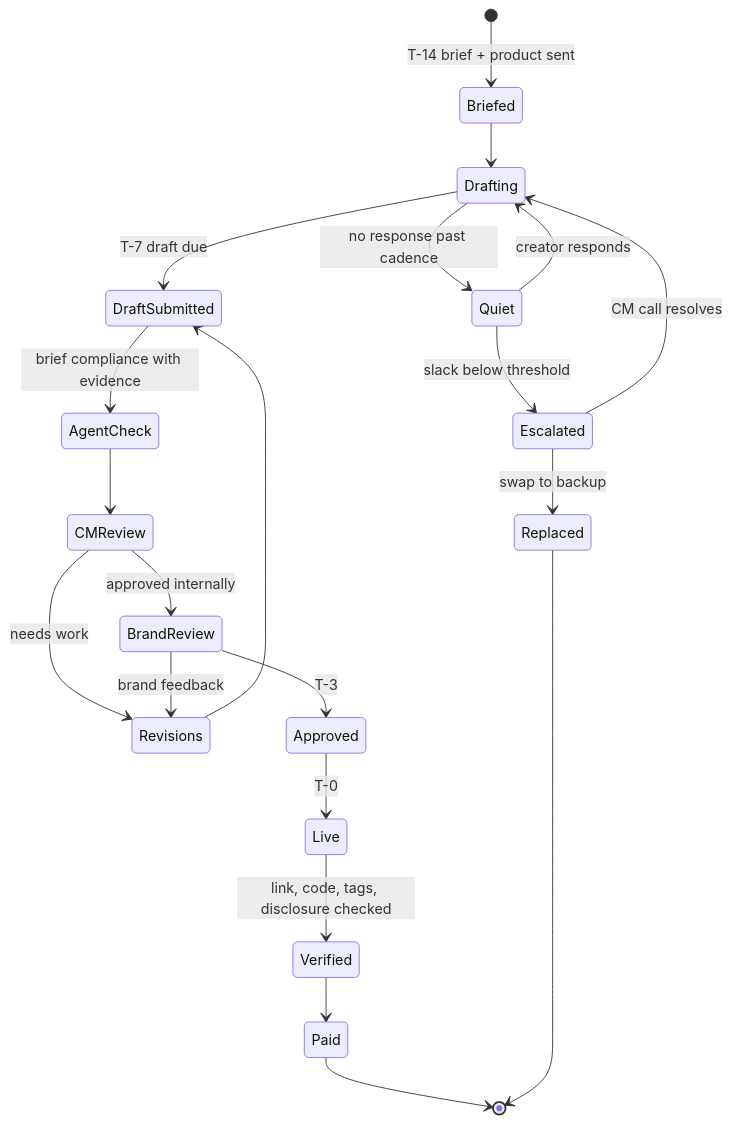
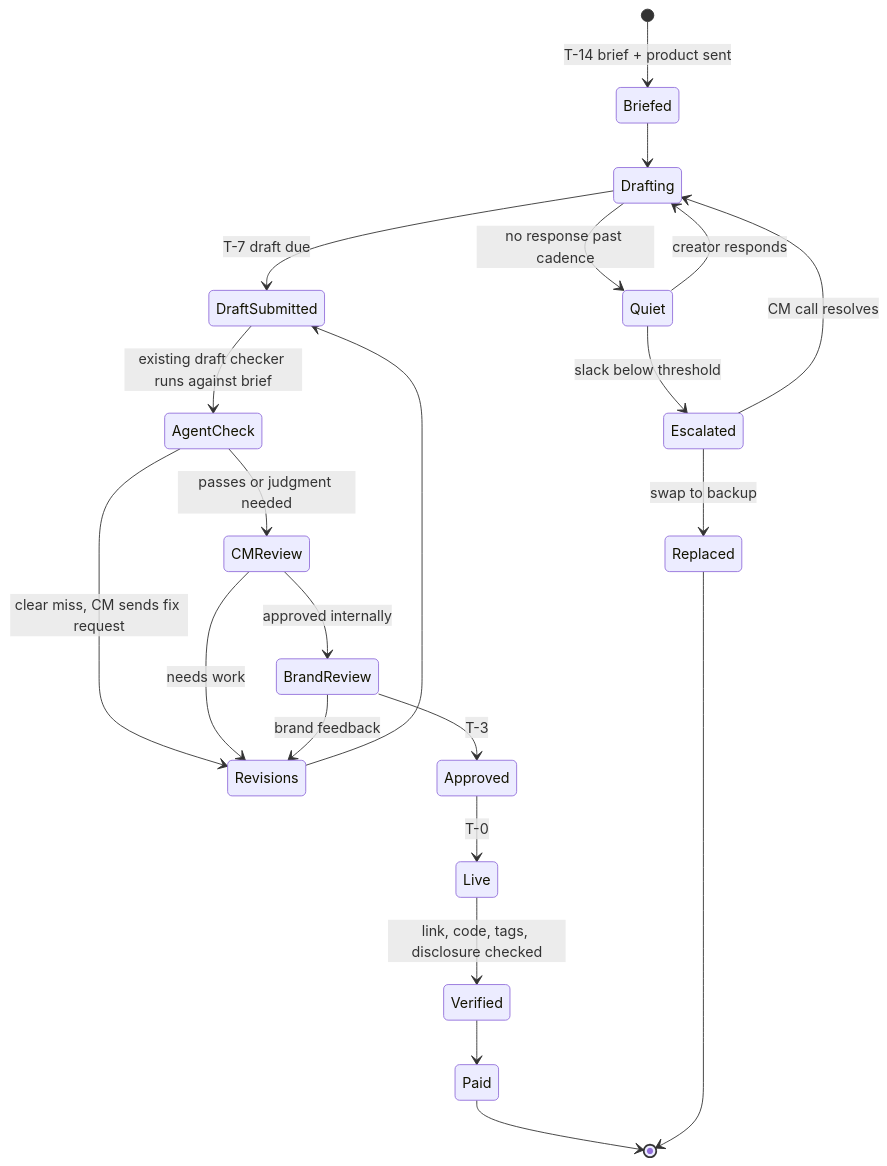
Before and after one commit to joshjhall/later-services-agent: the fifth of 10 diagrams in docs/flows.md, drawn with Mermaid. The commit also changed other lines of this file and 6 other files, not shown here.

First line of the commit message:
docs: add product principles and information architecture

````diff
--- a/docs/flows.md
+++ b/docs/flows.md
@@ -111,23 +113,24 @@
 ```mermaid
 stateDiagram-v2
   [*] --> Briefed: T-14 brief + product sent
   Briefed --> Drafting
   Drafting --> DraftSubmitted: T-7 draft due
   Drafting --> Quiet: no response past cadence
   Quiet --> Drafting: creator responds
   Quiet --> Escalated: slack below threshold
   Escalated --> Drafting: CM call resolves
   Escalated --> Replaced: swap to backup
-  DraftSubmitted --> AgentCheck: brief compliance with evidence
-  AgentCheck --> CMReview
+  DraftSubmitted --> AgentCheck: existing draft checker runs against brief
+  AgentCheck --> Revisions: clear miss, CM sends fix request
+  AgentCheck --> CMReview: passes or judgment needed
   CMReview --> Revisions: needs work
   Revisions --> DraftSubmitted
   CMReview --> BrandReview: approved internally
   BrandReview --> Revisions: brand feedback
   BrandReview --> Approved: T-3
   Approved --> Live: T-0
   Live --> Verified: link, code, tags, disclosure checked
   Verified --> Paid
   Paid --> [*]
   Replaced --> [*]
 ```
````
